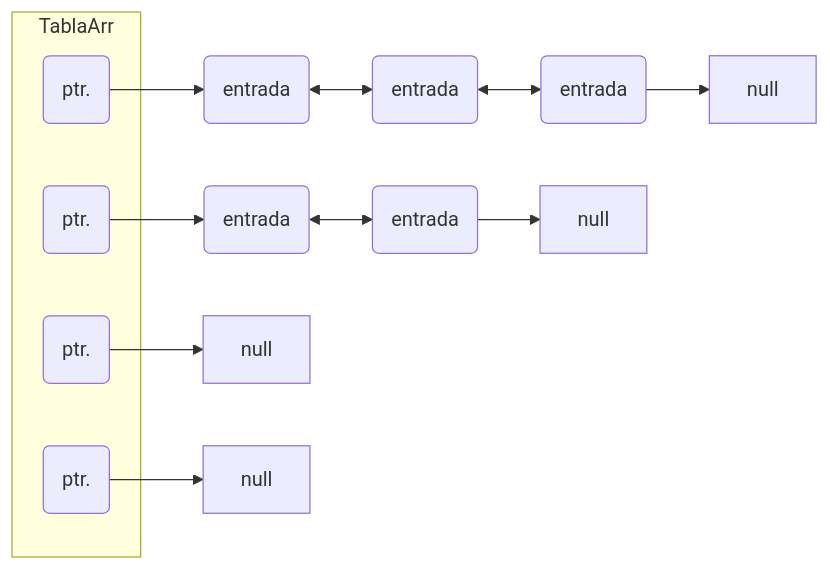
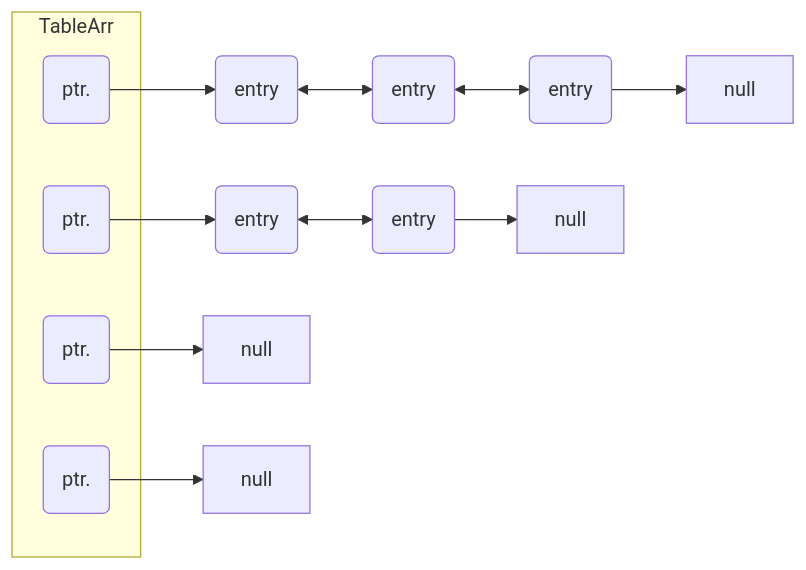
One commit to StevenMolina22/adt_c changed the seventh of 8 diagrams in readME.md. Above: the diagram before and after it, drawn with Mermaid. The commit also changed other lines of this file, not shown here.

````diff
--- a/readME.md
+++ b/readME.md
@@ -513,22 +510,22 @@
 ```mermaid
 graph LR
-    A1(ptr.) --> N1(entrada)
-    N1 <--> N2(entrada)
-    N2 <--> N3(entrada)
+    A1(ptr.) --> N1(entry)
+    N1 <--> N2(entry)
+    N2 <--> N3(entry)
     N3 --> null1[null]
 
-    A2(ptr.) --> N4(entrada)
-    N4 <--> N5(entrada)
+    A2(ptr.) --> N4(entry)
+    N4 <--> N5(entry)
     N5 --> null2[null]
 
     A3(ptr.) --> null3[null]
 
     A4(ptr.) --> null4[null]
 
-    subgraph TablaArr
+    subgraph TableArr
         A1
         A2
         A3
         A4
     end
 ```
````
